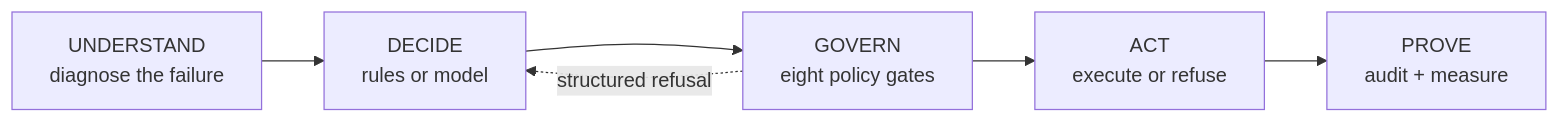
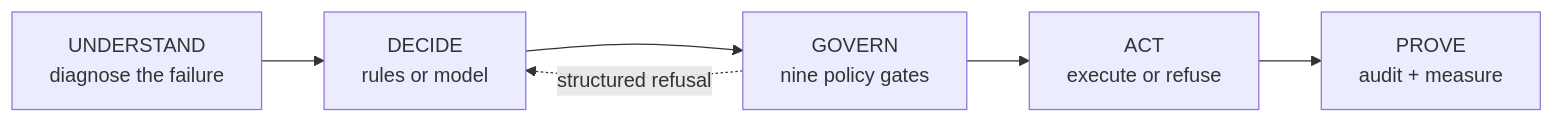
One commit to YuganshThacker/recoup changed the first of 2 diagrams in docs/architecture.md. Above: the diagram before and after it, drawn with Mermaid. The commit also changed other lines of this file and 16 other files, not shown here.

````diff
--- a/docs/architecture.md
+++ b/docs/architecture.md
@@ -37,8 +37,8 @@
 ```mermaid
 flowchart LR
     A[UNDERSTAND<br/>diagnose the failure] --> B[DECIDE<br/>rules or model]
-    B --> C[GOVERN<br/>eight policy gates]
+    B --> C[GOVERN<br/>nine policy gates]
     C --> D[ACT<br/>execute or refuse]
     D --> E[PROVE<br/>audit + measure]
     C -. structured refusal .-> B
 ```
````
